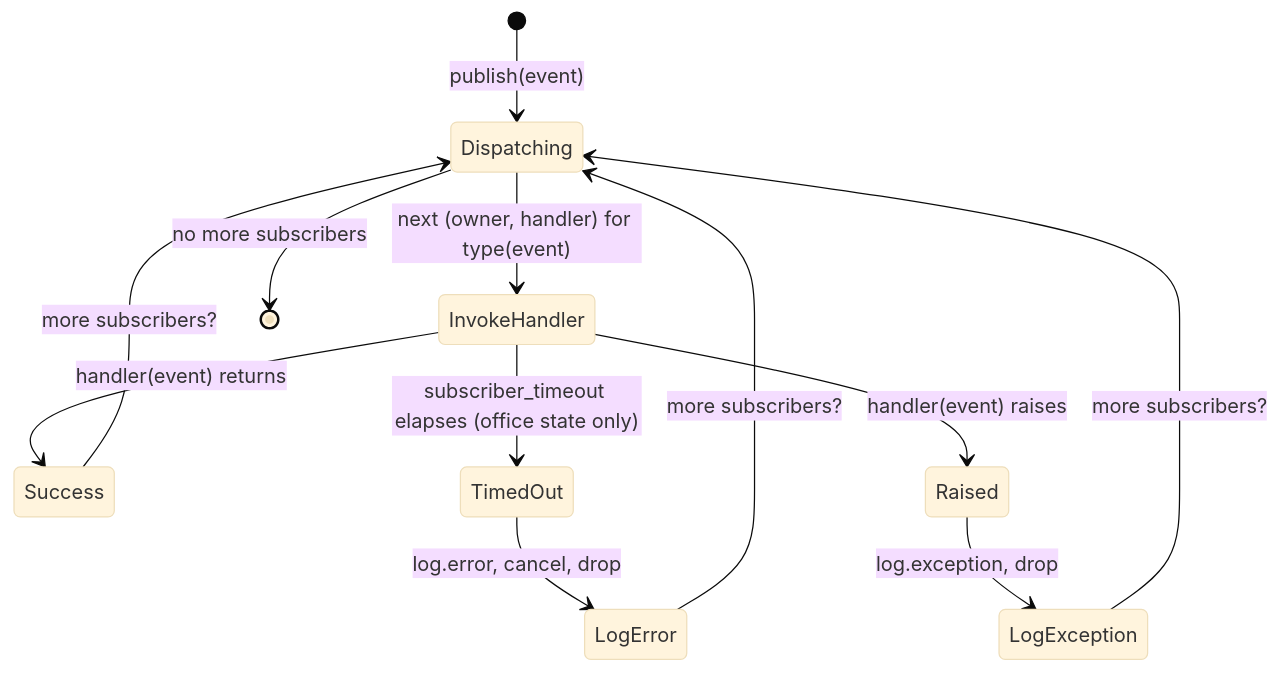
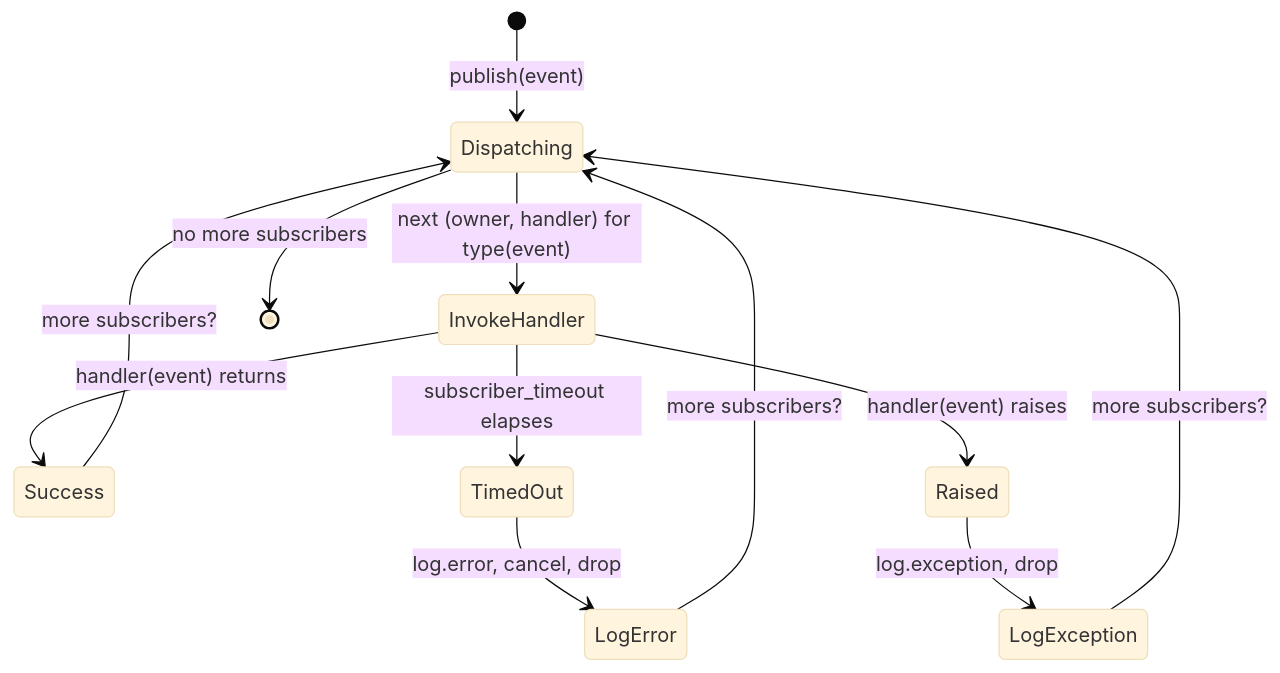
One commit to pixel-agents-hq/pixel-agents-cogs changed the fifth of 5 diagrams in docs/corridor-pubsub-design.md. Above: the diagram before and after it, drawn with Mermaid (base theme). The commit also changed other lines of this file and 29 other files, not shown here.

First line of the commit message:
fix: correct architect/painter agent-registration owner, harden event bus (#79)

````diff
--- a/docs/corridor-pubsub-design.md
+++ b/docs/corridor-pubsub-design.md
@@ -346,14 +346,14 @@
 ```mermaid
 stateDiagram-v2
     [*] --> Dispatching: publish(event)
     Dispatching --> InvokeHandler: next (owner, handler) for type(event)
     InvokeHandler --> Success: handler(event) returns
-    InvokeHandler --> TimedOut: subscriber_timeout elapses (office state only)
+    InvokeHandler --> TimedOut: subscriber_timeout elapses
     InvokeHandler --> Raised: handler(event) raises
     Success --> Dispatching: more subscribers?
     TimedOut --> LogError: log.error, cancel, drop
     Raised --> LogException: log.exception, drop
     LogError --> Dispatching: more subscribers?
     LogException --> Dispatching: more subscribers?
     Dispatching --> [*]: no more subscribers
 ```
````
